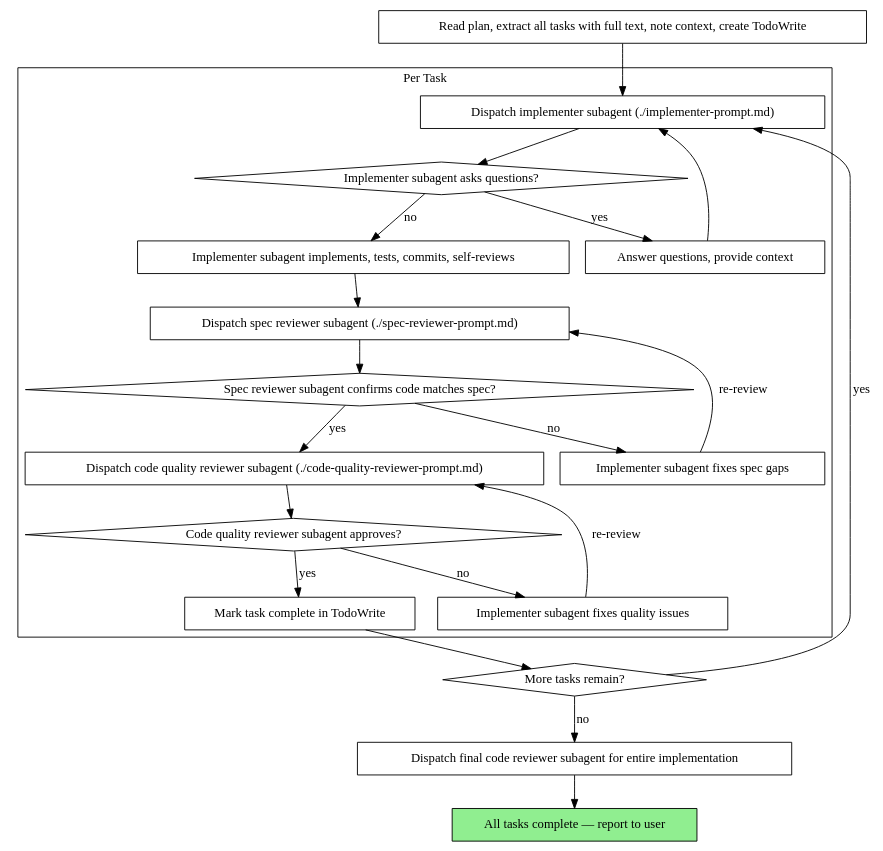
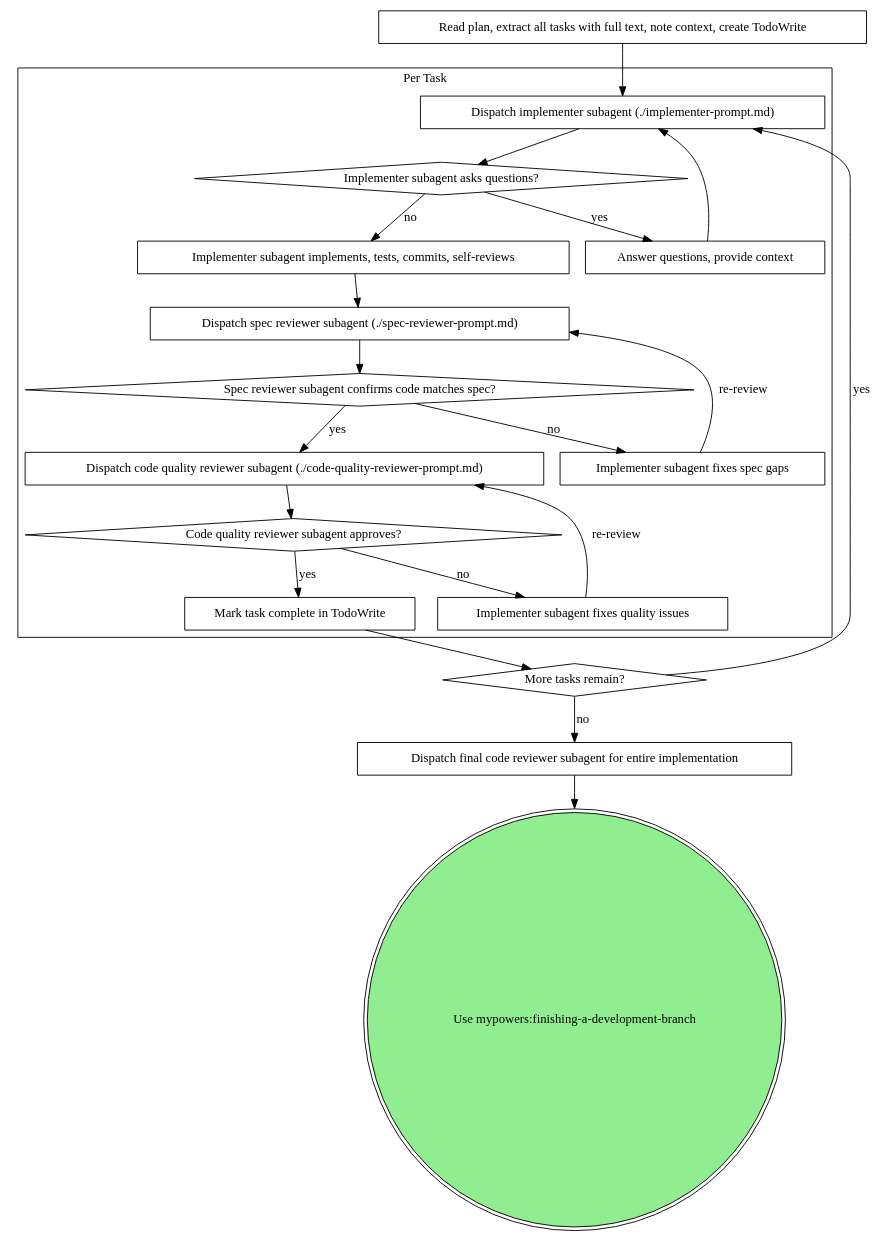
Before and after one commit to yshihao636/mypowers: the second of 2 diagrams in plugins/mypowers/skills/subagent-driven-development/SKILL.md, drawn with Graphviz. The commit also changed other lines of this file and 15 other files, not shown here.

````diff
--- a/plugins/mypowers/skills/subagent-driven-development/SKILL.md
+++ b/plugins/mypowers/skills/subagent-driven-development/SKILL.md
@@ -44,44 +44,44 @@
 ```dot
 digraph process {
     rankdir=TB;
 
     subgraph cluster_per_task {
         label="Per Task";
         "Dispatch implementer subagent (./implementer-prompt.md)" [shape=box];
         "Implementer subagent asks questions?" [shape=diamond];
         "Answer questions, provide context" [shape=box];
         "Implementer subagent implements, tests, commits, self-reviews" [shape=box];
         "Dispatch spec reviewer subagent (./spec-reviewer-prompt.md)" [shape=box];
         "Spec reviewer subagent confirms code matches spec?" [shape=diamond];
         "Implementer subagent fixes spec gaps" [shape=box];
         "Dispatch code quality reviewer subagent (./code-quality-reviewer-prompt.md)" [shape=box];
         "Code quality reviewer subagent approves?" [shape=diamond];
         "Implementer subagent fixes quality issues" [shape=box];
         "Mark task complete in TodoWrite" [shape=box];
     }
 
     "Read plan, extract all tasks with full text, note context, create TodoWrite" [shape=box];
     "More tasks remain?" [shape=diamond];
     "Dispatch final code reviewer subagent for entire implementation" [shape=box];
-    "All tasks complete — report to user" [shape=box style=filled fillcolor=lightgreen];
+    "Use mypowers:finishing-a-development-branch" [shape=doublecircle style=filled fillcolor=lightgreen];
 
     "Read plan, extract all tasks with full text, note context, create TodoWrite" -> "Dispatch implementer subagent (./implementer-prompt.md)";
     "Dispatch implementer subagent (./implementer-prompt.md)" -> "Implementer subagent asks questions?";
     "Implementer subagent asks questions?" -> "Answer questions, provide context" [label="yes"];
     "Answer questions, provide context" -> "Dispatch implementer subagent (./implementer-prompt.md)";
     "Implementer subagent asks questions?" -> "Implementer subagent implements, tests, commits, self-reviews" [label="no"];
     "Implementer subagent implements, tests, commits, self-reviews" -> "Dispatch spec reviewer subagent (./spec-reviewer-prompt.md)";
     "Dispatch spec reviewer subagent (./spec-reviewer-prompt.md)" -> "Spec reviewer subagent confirms code matches spec?";
     "Spec reviewer subagent confirms code matches spec?" -> "Implementer subagent fixes spec gaps" [label="no"];
     "Implementer subagent fixes spec gaps" -> "Dispatch spec reviewer subagent (./spec-reviewer-prompt.md)" [label="re-review"];
     "Spec reviewer subagent confirms code matches spec?" -> "Dispatch code quality reviewer subagent (./code-quality-reviewer-prompt.md)" [label="yes"];
     "Dispatch code quality reviewer subagent (./code-quality-reviewer-prompt.md)" -> "Code quality reviewer subagent approves?";
     "Code quality reviewer subagent approves?" -> "Implementer subagent fixes quality issues" [label="no"];
     "Implementer subagent fixes quality issues" -> "Dispatch code quality reviewer subagent (./code-quality-reviewer-prompt.md)" [label="re-review"];
     "Code quality reviewer subagent approves?" -> "Mark task complete in TodoWrite" [label="yes"];
     "Mark task complete in TodoWrite" -> "More tasks remain?";
     "More tasks remain?" -> "Dispatch implementer subagent (./implementer-prompt.md)" [label="yes"];
     "More tasks remain?" -> "Dispatch final code reviewer subagent for entire implementation" [label="no"];
-    "Dispatch final code reviewer subagent for entire implementation" -> "All tasks complete — report to user";
+    "Dispatch final code reviewer subagent for entire implementation" -> "Use mypowers:finishing-a-development-branch";
 }
 ```
````
